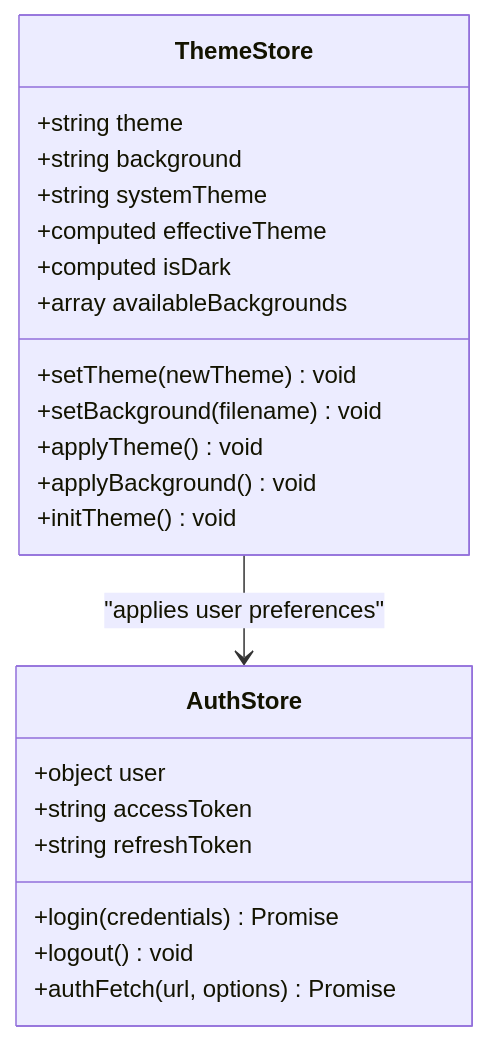
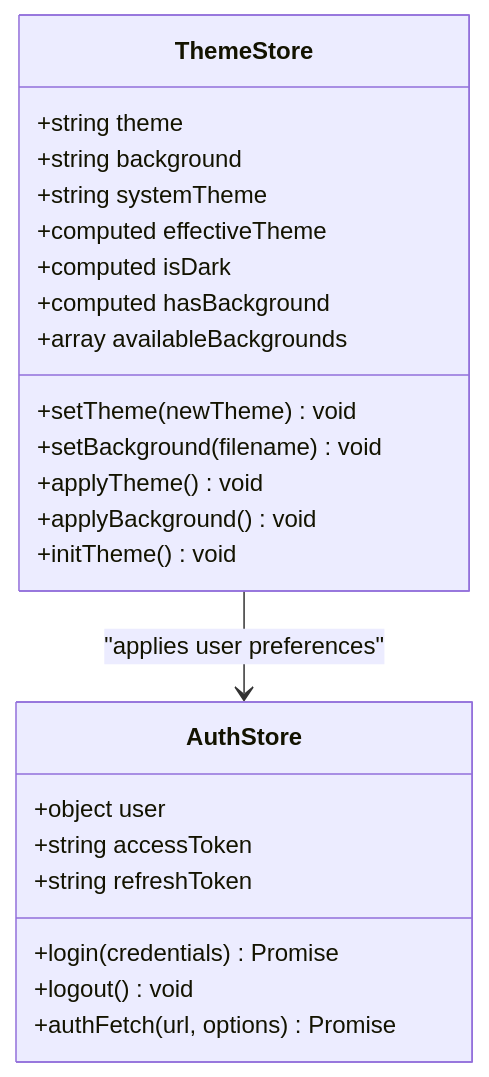
The sixth of 13 diagrams in .qoder/repowiki/en/content/Per-User Background Image System.md (Nikita5543/New-SSO-02), drawn with Mermaid before and after one commit. The commit also changed other lines of this file and 3 other files, not shown here.

````diff
--- a/.qoder/repowiki/en/content/Per-User Background Image System.md
+++ b/.qoder/repowiki/en/content/Per-User Background Image System.md
@@ -259,25 +268,26 @@
 ```mermaid
 classDiagram
 class ThemeStore {
 +string theme
 +string background
 +string systemTheme
 +computed effectiveTheme
 +computed isDark
++computed hasBackground
 +array availableBackgrounds
 +setTheme(newTheme) void
 +setBackground(filename) void
 +applyTheme() void
 +applyBackground() void
 +initTheme() void
 }
 class AuthStore {
 +object user
 +string accessToken
 +string refreshToken
 +login(credentials) Promise
 +logout() void
 +authFetch(url, options) Promise
 }
 ThemeStore --> AuthStore : "applies user preferences"
 ```
````
